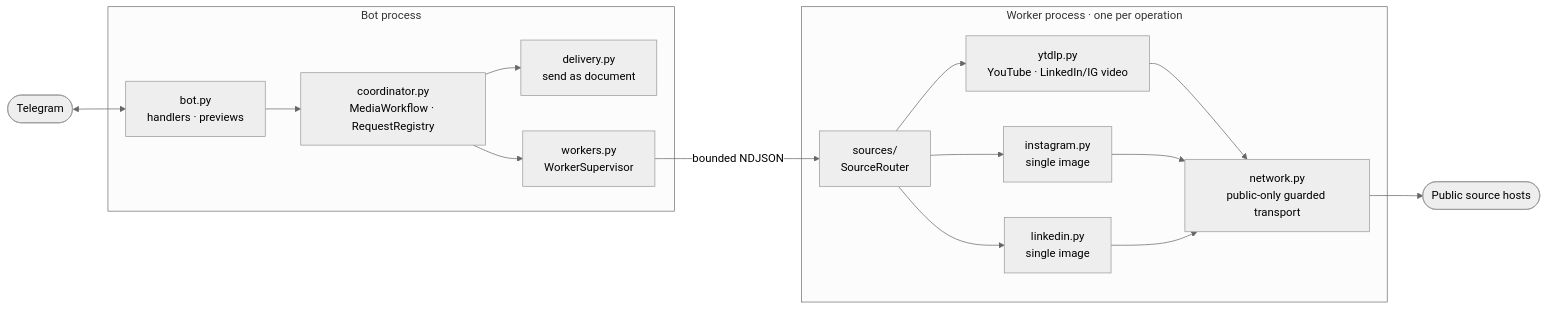
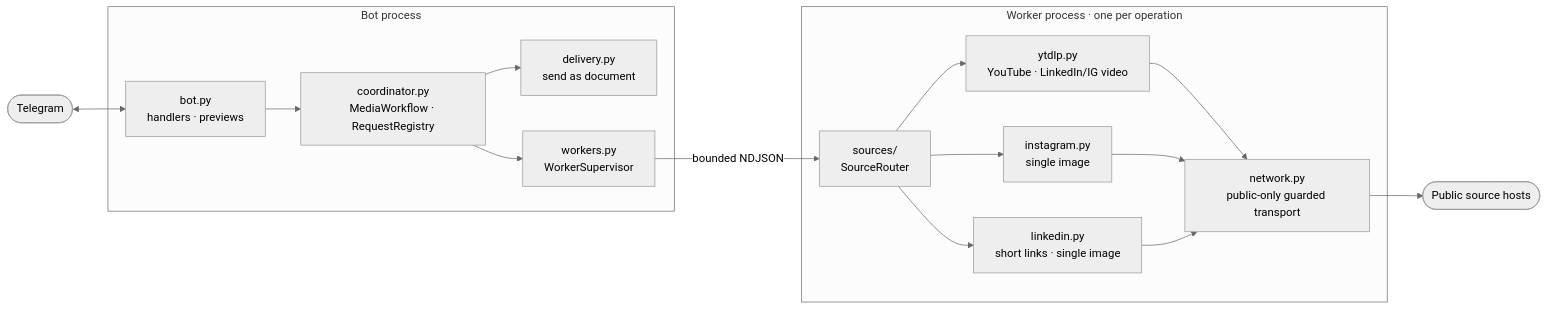
Before and after one commit to hman-pro/openmedia: the second of 2 diagrams in README.md, drawn with Mermaid (neutral theme). The commit also changed other lines of this file and 13 other files, not shown here.

````diff
--- a/README.md
+++ b/README.md
@@ -215,20 +215,20 @@
 ```mermaid
 flowchart LR
     TG([Telegram]) <--> BOT
 
     subgraph parent [Bot process]
         BOT["bot.py<br/>handlers · previews"] --> WF["coordinator.py<br/>MediaWorkflow · RequestRegistry"]
         WF --> DEL["delivery.py<br/>send as document"]
         WF --> SUP["workers.py<br/>WorkerSupervisor"]
     end
 
     subgraph child [Worker process · one per operation]
         ROUTER["sources/<br/>SourceRouter"] --> YT["ytdlp.py<br/>YouTube · LinkedIn/IG video"]
         ROUTER --> IG["instagram.py<br/>single image"]
-        ROUTER --> LI["linkedin.py<br/>single image"]
+        ROUTER --> LI["linkedin.py<br/>short links · single image"]
         YT & IG & LI --> NET["network.py<br/>public-only guarded transport"]
     end
 
     SUP -- "bounded NDJSON" --> ROUTER
     NET --> WEB([Public source hosts])
 ```
````
